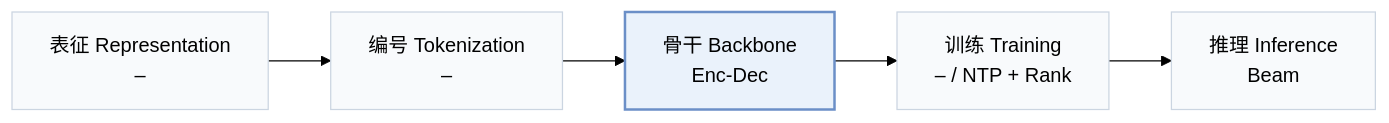
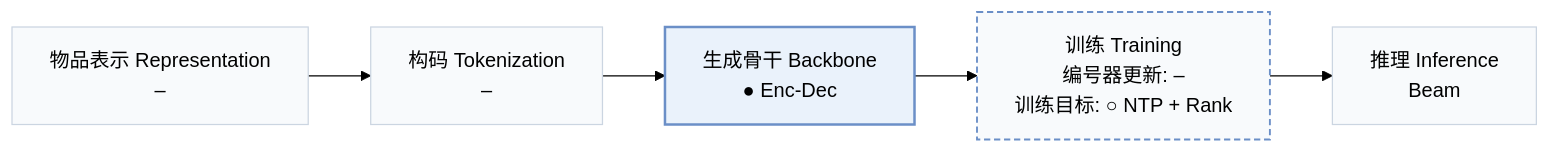
The first of 2 diagrams in pages/zh/papers/unisgr-v2.md (Galaxy-ghost/Awesome-SID-Generative-Rec), drawn with Mermaid (forest theme) before and after one commit. The commit also changed other lines of this file and 558 other files, not shown here.

````diff
--- a/pages/zh/papers/unisgr-v2.md
+++ b/pages/zh/papers/unisgr-v2.md
@@ -15,8 +18,10 @@
 ```mermaid
 flowchart LR
-    R["表征 Representation<br/>–"] --> T["编号 Tokenization<br/>–"] --> B["骨干 Backbone<br/>Enc-Dec"] --> TR["训练 Training<br/>– / NTP + Rank"] --> I["推理 Inference<br/>Beam"]
+    R["物品表示 Representation<br/>–"] --> T["构码 Tokenization<br/>–"] --> B["生成骨干 Backbone<br/>● Enc-Dec"] --> TR["训练 Training<br/>编号器更新: –<br/>训练目标: ○ NTP + Rank"] --> I["推理 Inference<br/>Beam"]
     classDef base fill:#f8fafc,stroke:#cbd5e1
     class R,T,B,TR,I base
+    classDef other fill:#f8fafc,stroke:#6b8fc7,stroke-width:1.5px,stroke-dasharray:5 3
+    class TR other
     classDef main fill:#eaf2fb,stroke:#6b8fc7,stroke-width:2px
     class B main
 ```
````
